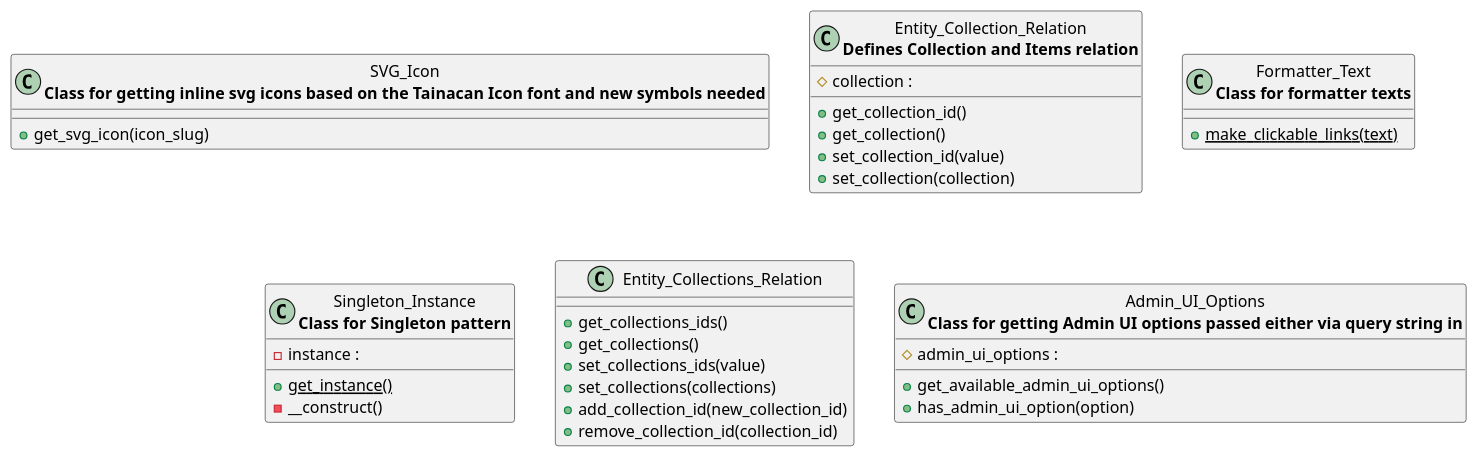
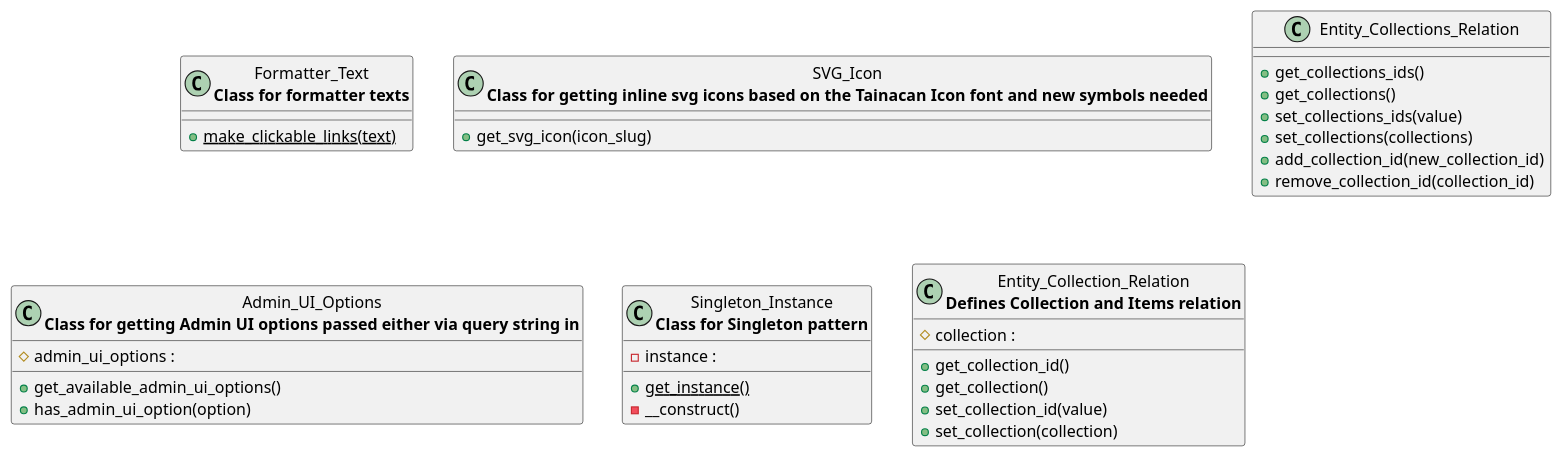
One commit to tainacan/tainacan changed the diagram in docs/diagrams/tainacan-namespace-Tainacan-Traits.puml. Above: the diagram before and after it, drawn with PlantUML. The commit also changed other lines of this file and 94 other files, not shown here.

```diff
--- a/docs/diagrams/tainacan-namespace-Tainacan-Traits.puml
+++ b/docs/diagrams/tainacan-namespace-Tainacan-Traits.puml
@@ -1,33 +1,33 @@
 @startuml class-diagram
-  class "SVG_Icon\n<b>Class for getting inline svg icons based on the Tainacan Icon font and new symbols needed</b>" as SVG_Icon {
-    +get_svg_icon(icon_slug)
-  }
-  class "Entity_Collection_Relation\n<b>Defines Collection and Items relation</b>" as Entity_Collection_Relation {
-    #collection : 
-    +get_collection_id()
-    +get_collection()
-    +set_collection_id(value)
-    +set_collection(collection)
-  }
   class "Formatter_Text\n<b>Class for formatter texts</b>" as Formatter_Text {
     {static} +make_clickable_links(text)
   }
-  class "Singleton_Instance\n<b>Class for Singleton pattern</b>" as Singleton_Instance {
-    -instance : 
-    {static} +get_instance()
-    -__construct()
+  class "SVG_Icon\n<b>Class for getting inline svg icons based on the Tainacan Icon font and new symbols needed</b>" as SVG_Icon {
+    +get_svg_icon(icon_slug)
   }
   class "Entity_Collections_Relation" as Entity_Collections_Relation {
     +get_collections_ids()
     +get_collections()
     +set_collections_ids(value)
     +set_collections(collections)
     +add_collection_id(new_collection_id)
     +remove_collection_id(collection_id)
   }
   class "Admin_UI_Options\n<b>Class for getting Admin UI options passed either via query string in</b>" as Admin_UI_Options {
     #admin_ui_options : 
     +get_available_admin_ui_options()
     +has_admin_ui_option(option)
   }
+  class "Singleton_Instance\n<b>Class for Singleton pattern</b>" as Singleton_Instance {
+    -instance : 
+    {static} +get_instance()
+    -__construct()
+  }
+  class "Entity_Collection_Relation\n<b>Defines Collection and Items relation</b>" as Entity_Collection_Relation {
+    #collection : 
+    +get_collection_id()
+    +get_collection()
+    +set_collection_id(value)
+    +set_collection(collection)
+  }
 @enduml
```
